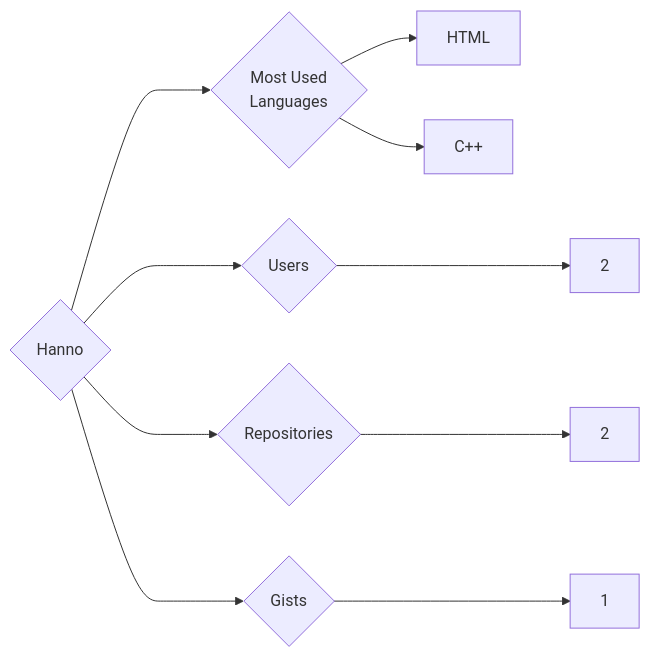
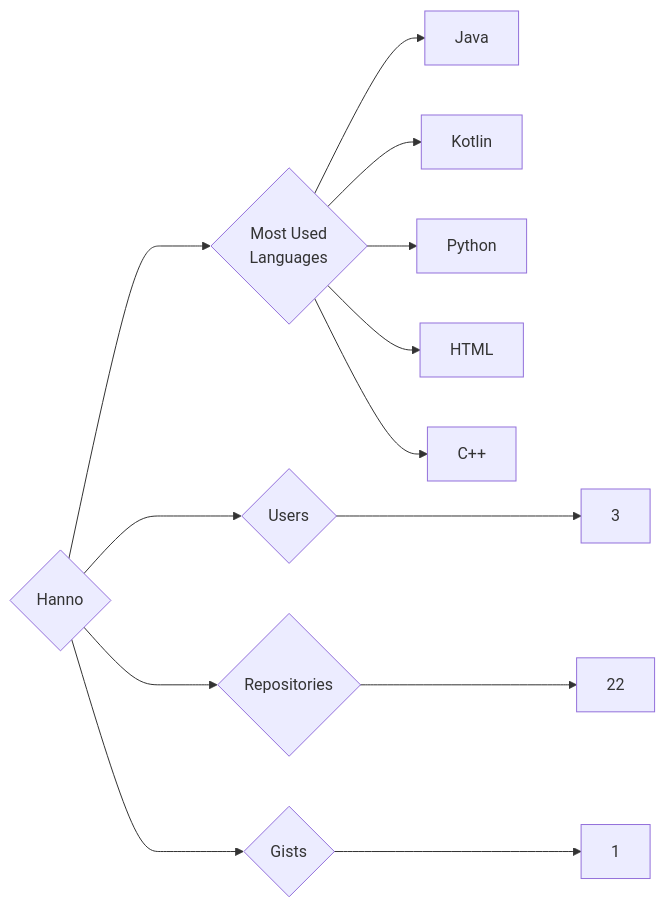
The diagram in targets/Hanno/README.md (trickest/insiders), drawn with Mermaid before and after one commit. The commit also changed 1036 other files, not shown here.

````diff
--- a/targets/Hanno/README.md
+++ b/targets/Hanno/README.md
@@ -3,10 +3,13 @@
 ```mermaid
 graph LR
 COMPANY_NAME{Hanno}
-COMPANY_NAME ---> U{Users} ---> UN[2]
-COMPANY_NAME ---> R{Repositories} ---> RN[2]
+COMPANY_NAME ---> U{Users} ---> UN[3]
+COMPANY_NAME ---> R{Repositories} ---> RN[22]
 COMPANY_NAME ---> G{Gists} ---> GN[1]
 COMPANY_NAME ---> ML{Most Used<br>Languages}
+ML --> Java[Java]
+ML --> Kotlin[Kotlin]
+ML --> Python[Python]
 ML --> HTML[HTML]
 ML --> C++[C++]
 ```
````
